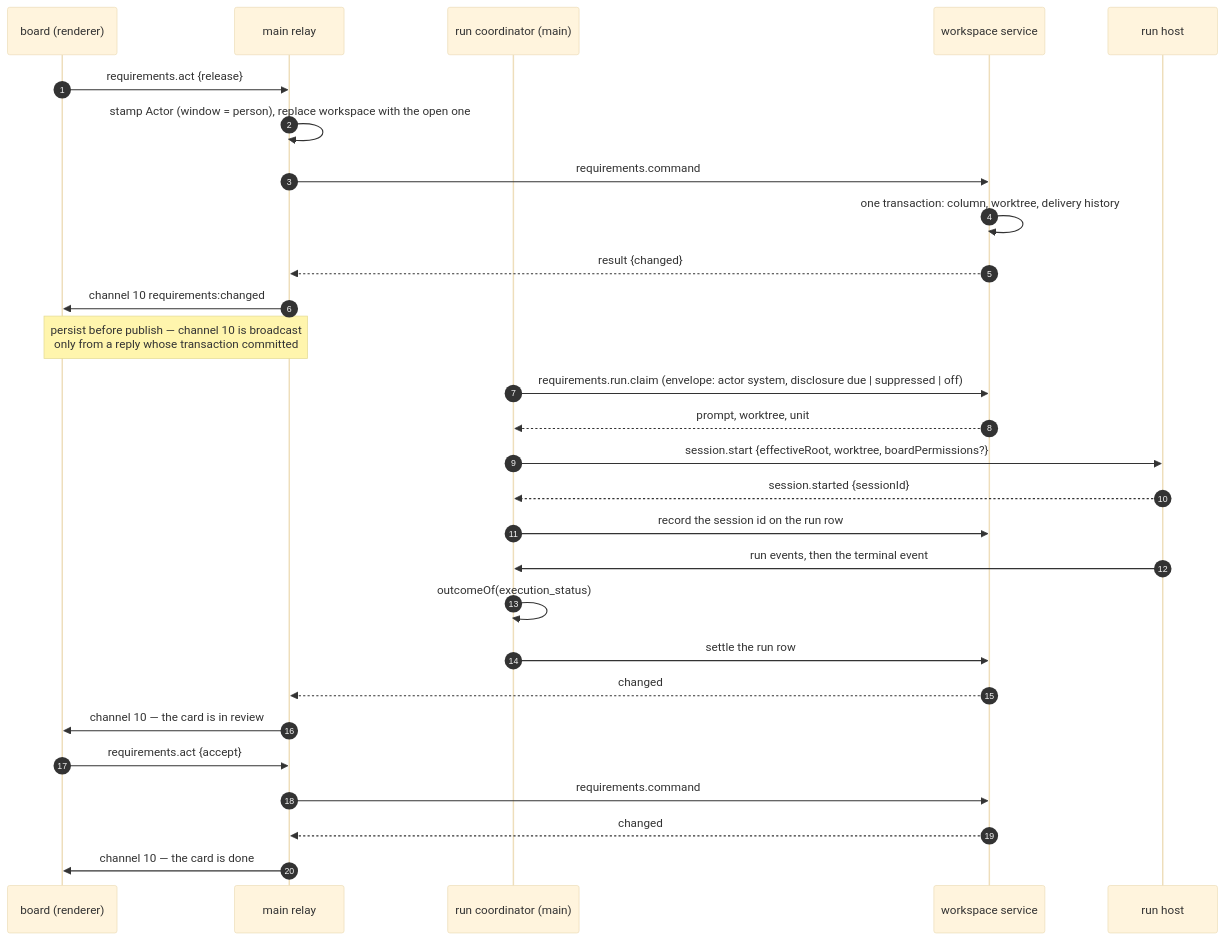
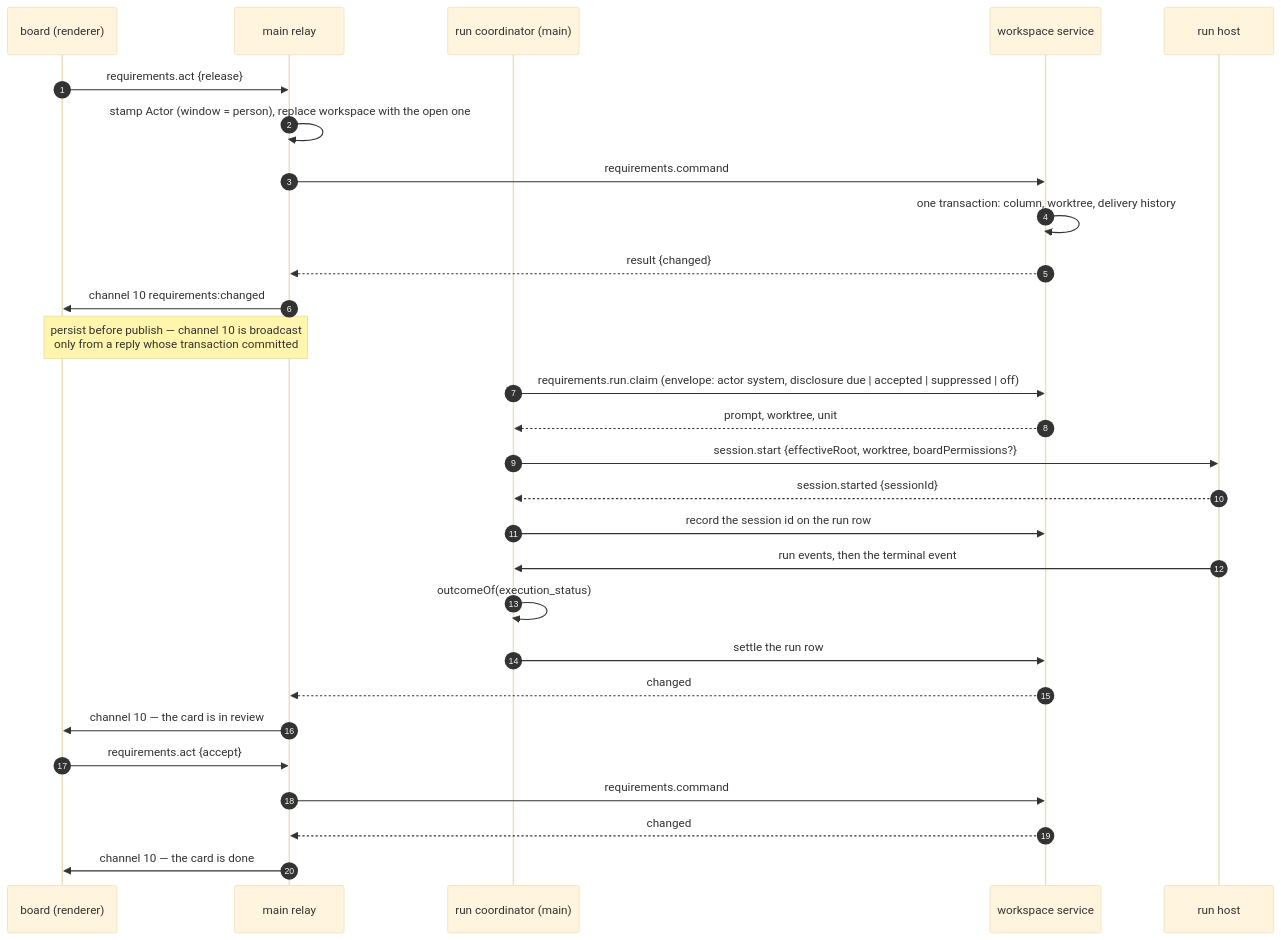
Before and after one commit to Concrete-Dynamics/Rotaris: the fourth of 5 diagrams in docs/architecture/views/06-sequences.md, drawn with Mermaid (base theme). The commit also changed 4 other files, not shown here.

First line of the commit message:
docs(views): the standing disclosure's fourth value, accepted, in the process view and the claim's sequence (REQ-TRACE-472)

````diff
--- a/docs/architecture/views/06-sequences.md
+++ b/docs/architecture/views/06-sequences.md
@@ -263,32 +263,32 @@
 ```mermaid
 sequenceDiagram
   autonumber
   participant B as board (renderer)
   participant M as main relay
   participant C as run coordinator (main)
   participant WS as workspace service
   participant RH as run host
 
   B->>M: requirements.act {release}
   M->>M: stamp Actor (window = person), replace workspace with the open one
   M->>WS: requirements.command
   WS->>WS: one transaction: column, worktree, delivery history
   WS-->>M: result {changed}
   M->>B: channel 10 requirements:changed
   Note over M,B: persist before publish — channel 10 is broadcast<br/>only from a reply whose transaction committed
 
-  C->>WS: requirements.run.claim (envelope: actor system, disclosure due | suppressed | off)
+  C->>WS: requirements.run.claim (envelope: actor system, disclosure due | accepted | suppressed | off)
   WS-->>C: prompt, worktree, unit
   C->>RH: session.start {effectiveRoot, worktree, boardPermissions?}
   RH-->>C: session.started {sessionId}
   C->>WS: record the session id on the run row
   RH->>C: run events, then the terminal event
   C->>C: outcomeOf(execution_status)
   C->>WS: settle the run row
   WS-->>M: changed
   M->>B: channel 10 — the card is in review
   B->>M: requirements.act {accept}
   M->>WS: requirements.command
   WS-->>M: changed
   M->>B: channel 10 — the card is done
 ```
````
